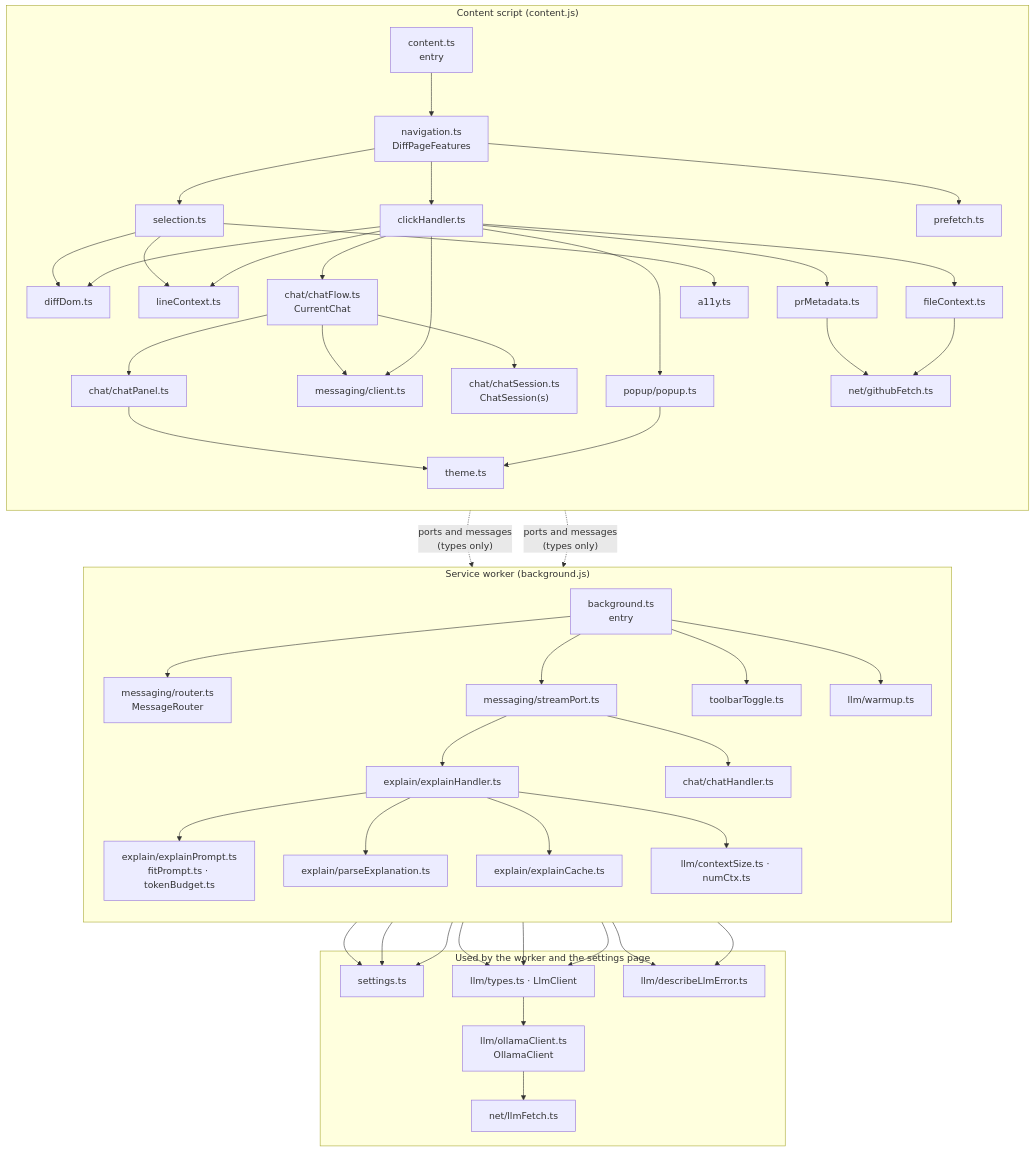
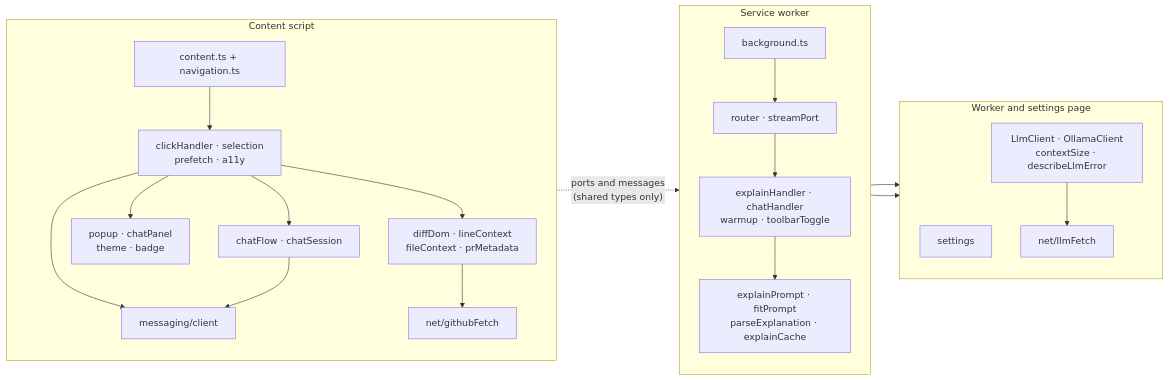
The first of 2 diagrams in docs/object-design.md (larry94555/PR-explainer), drawn with Mermaid before and after one commit.

Commit message:
Simplify the module map in object-design.md so it reads at page width
Claude-Session: https://claude.ai/code/session_0153oAqV2MXXVkjUMfzapJVD

````diff
--- a/docs/object-design.md
+++ b/docs/object-design.md
@@ -18,62 +18,37 @@
 ```mermaid
-flowchart TB
-  subgraph content["Content script (content.js)"]
+flowchart LR
+  subgraph content["Content script"]
     direction TB
-    content_ts["content.ts<br/>entry"]
-    nav["navigation.ts<br/>DiffPageFeatures"]
-    clickH["clickHandler.ts"]
-    sel["selection.ts"]
-    a11y["a11y.ts"]
-    pre["prefetch.ts"]
-    dom["diffDom.ts"]
-    line["lineContext.ts"]
-    file["fileContext.ts"]
-    meta["prMetadata.ts"]
-    popup["popup/popup.ts"]
-    chatflow["chat/chatFlow.ts<br/>CurrentChat"]
-    session["chat/chatSession.ts<br/>ChatSession(s)"]
-    panel["chat/chatPanel.ts"]
-    client["messaging/client.ts"]
-    gfetch["net/githubFetch.ts"]
-    theme["theme.ts"]
+    entry1["content.ts + navigation.ts"]
+    input["clickHandler · selection<br/>prefetch · a11y"]
+    read["diffDom · lineContext<br/>fileContext · prMetadata"]
+    ui["popup · chatPanel<br/>theme · badge"]
+    chat["chatFlow · chatSession"]
+    mc["messaging/client"]
+    gf["net/githubFetch"]
+    entry1 --> input
+    input --> read & ui & chat & mc
+    chat --> mc
+    read --> gf
   end
 
-  subgraph worker["Service worker (background.js)"]
+  subgraph worker["Service worker"]
     direction TB
-    bg["background.ts<br/>entry"]
-    router["messaging/router.ts<br/>MessageRouter"]
-    ports["messaging/streamPort.ts"]
-    explainH["explain/explainHandler.ts"]
-    chatH["chat/chatHandler.ts"]
-    prompt["explain/explainPrompt.ts<br/>fitPrompt.ts · tokenBudget.ts"]
-    parse["explain/parseExplanation.ts"]
-    cache["explain/explainCache.ts"]
-    warm["llm/warmup.ts"]
-    ctx["llm/contextSize.ts · numCtx.ts"]
-    toggle["toolbarToggle.ts"]
+    entry2["background.ts"]
+    srv["router · streamPort"]
+    handlers["explainHandler · chatHandler<br/>warmup · toolbarToggle"]
+    explain["explainPrompt · fitPrompt<br/>parseExplanation · explainCache"]
+    entry2 --> srv --> handlers --> explain
   end
 
-  subgraph shared["Used by the worker and the settings page"]
-    settings["settings.ts"]
-    llm["llm/types.ts · LlmClient"]
-    ollama["llm/ollamaClient.ts<br/>OllamaClient"]
-    lfetch["net/llmFetch.ts"]
-    err["llm/describeLlmError.ts"]
+  subgraph shared["Worker and settings page"]
+    direction TB
+    st["settings"]
+    llm["LlmClient · OllamaClient<br/>contextSize · describeLlmError"]
+    lf["net/llmFetch"]
+    llm --> lf
   end
 
-  content_ts --> nav --> clickH & sel & pre
-  clickH --> dom & line & file & meta & popup & chatflow & client
-  sel --> dom & line & a11y
-  chatflow --> session & panel & client
-  popup & panel --> theme
-  file & meta --> gfetch
-
-  client -. "ports and messages<br/>(types only)" .-> ports & router
-  bg --> router & ports & toggle & warm
-  ports --> explainH & chatH
-  explainH --> prompt & parse & cache & ctx
-  explainH & chatH & warm --> llm
-  llm --> ollama --> lfetch
-  explainH & chatH --> err
-  explainH & chatH & warm --> settings
+  mc -. "ports and messages<br/>(shared types only)" .-> srv
+  handlers --> st & llm
 ```
````
